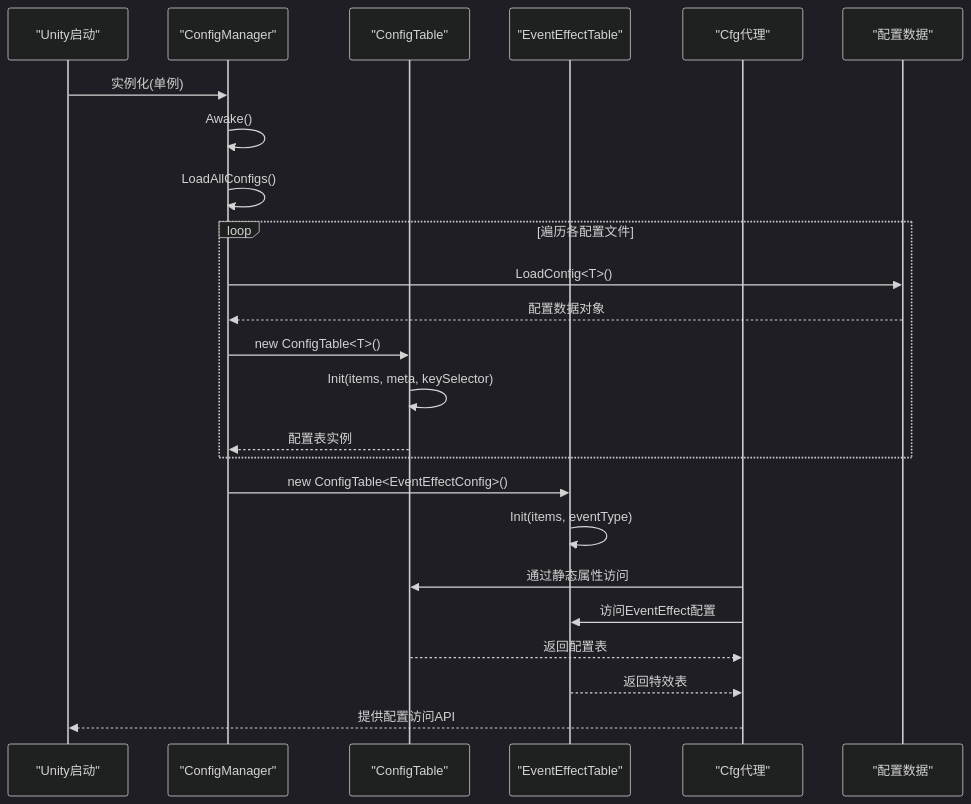
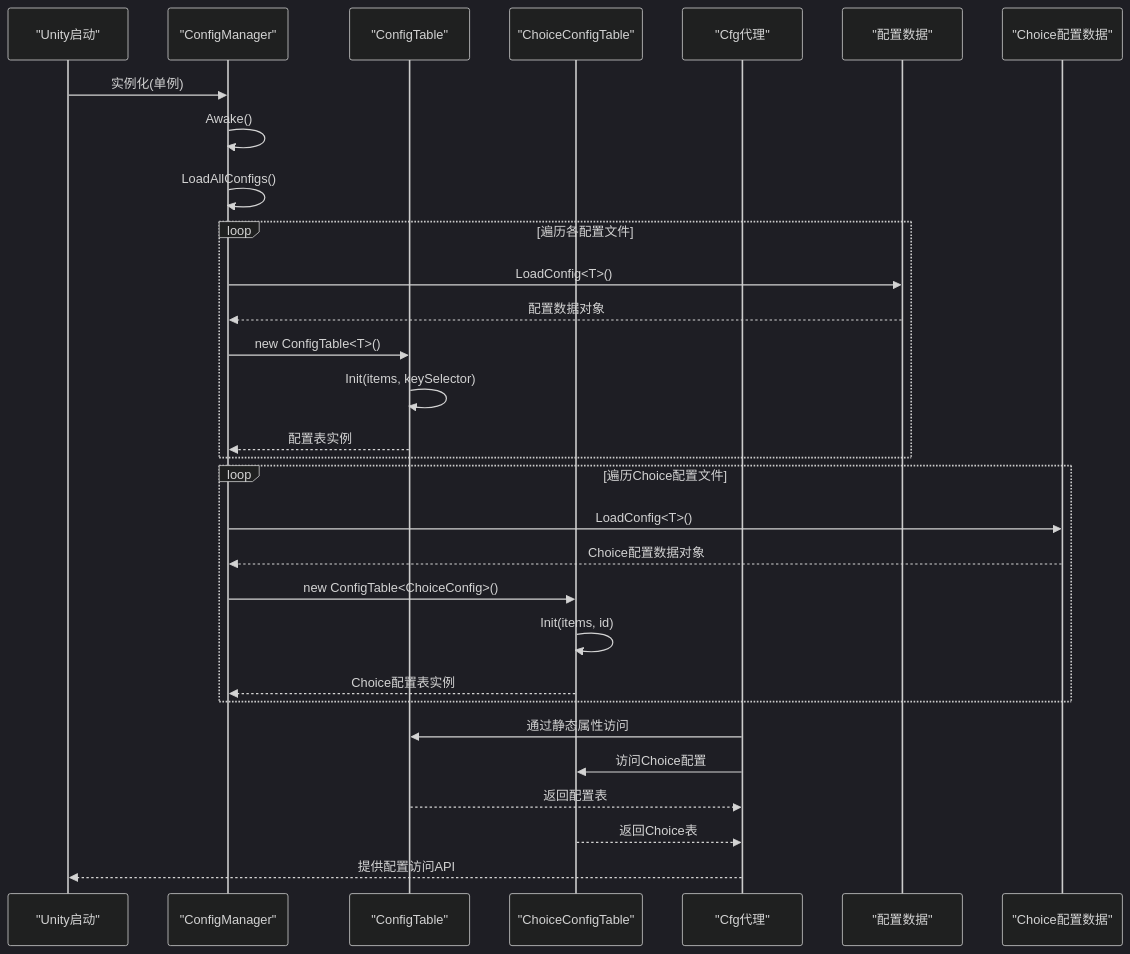
One commit to Tuusen/p1_client changed the second of 4 diagrams in .qoder/repowiki/zh/content/配置管理系统/配置管理系统.md. Above: the diagram before and after it, drawn with Mermaid (dark theme). The commit also changed other lines of this file and 40 other files, not shown here.

````diff
--- a/.qoder/repowiki/zh/content/配置管理系统/配置管理系统.md
+++ b/.qoder/repowiki/zh/content/配置管理系统/配置管理系统.md
@@ -134,26 +161,32 @@
 ```mermaid
 sequenceDiagram
 participant Boot as "Unity启动"
 participant CM as "ConfigManager"
 participant CT as "ConfigTable"
-participant EE as "EventEffectTable"
+participant CC as "ChoiceConfigTable"
 participant CFG as "Cfg代理"
 participant Data as "配置数据"
+participant ChoiceData as "Choice配置数据"
 Boot->>CM : 实例化(单例)
 CM->>CM : Awake()
 CM->>CM : LoadAllConfigs()
 loop 遍历各配置文件
 CM->>Data : LoadConfig<T>()
 Data-->>CM : 配置数据对象
 CM->>CT : new ConfigTable<T>()
-CT->>CT : Init(items, meta, keySelector)
+CT->>CT : Init(items, keySelector)
 CT-->>CM : 配置表实例
 end
-CM->>EE : new ConfigTable<EventEffectConfig>()
-EE->>EE : Init(items, eventType)
+loop 遍历Choice配置文件
+CM->>ChoiceData : LoadConfig<T>()
+ChoiceData-->>CM : Choice配置数据对象
+CM->>CC : new ConfigTable<ChoiceConfig>()
+CC->>CC : Init(items, id)
+CC-->>CM : Choice配置表实例
+end
 CFG->>CT : 通过静态属性访问
-CFG->>EE : 访问EventEffect配置
+CFG->>CC : 访问Choice配置
 CT-->>CFG : 返回配置表
-EE-->>CFG : 返回特效表
+CC-->>CFG : 返回Choice表
 CFG-->>Boot : 提供配置访问API
 ```
````
